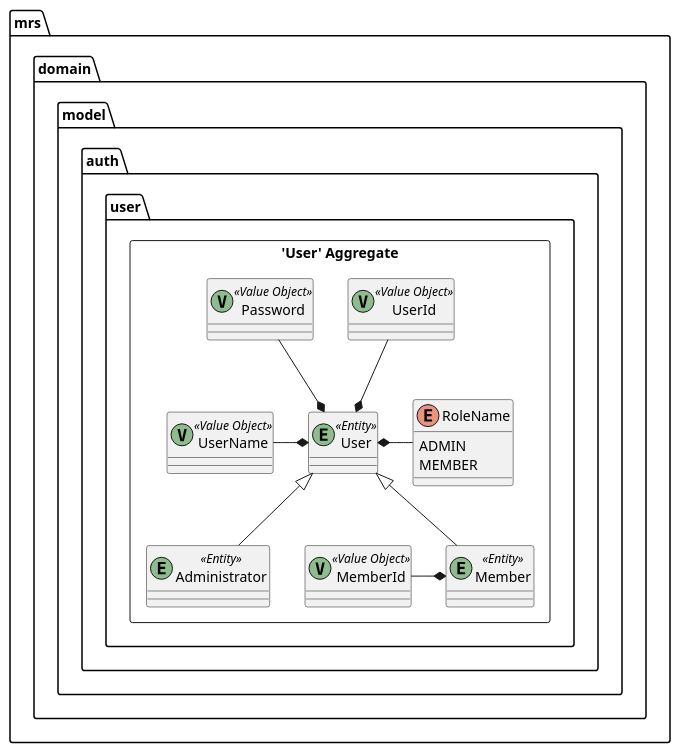
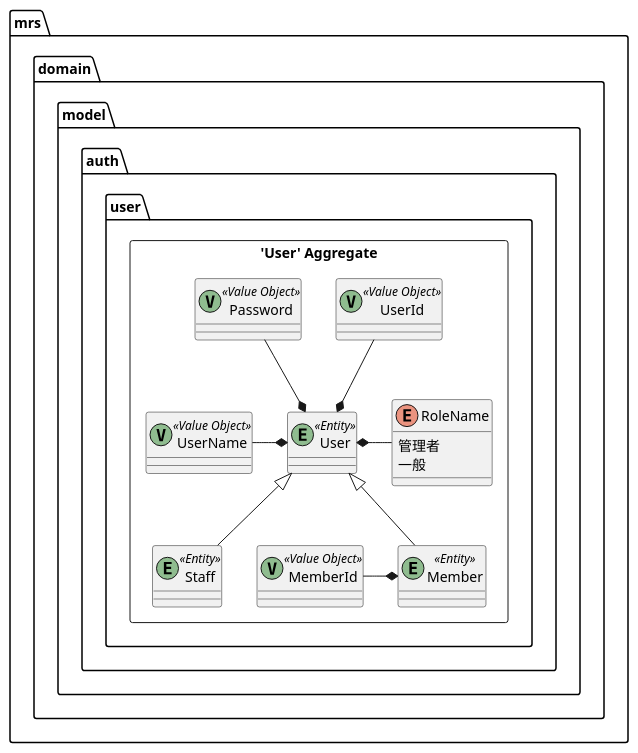
One commit to k2works/case-study-mrs changed diagram 20 of 24 in docs/index.adoc. Above: the diagram before and after it, drawn with PlantUML. The commit also changed 8 other files, not shown here.

```diff
--- a/docs/index.adoc
+++ b/docs/index.adoc
@@ -640,35 +640,35 @@
 [plantuml]
 ----
 skinparam componentStyle uml2
 
 package mrs.domain.model.auth.user {
 	package "'User' Aggregate" <<Rectangle>> {
 		class User <<(E,DarkSeaGreen) Entity>> {
 		}
 		class UserId <<(V,DarkSeaGreen) Value Object>> {
 		}
 		class UserName <<(V,DarkSeaGreen) Value Object>> {
 		}
 		class Password <<(V,DarkSeaGreen) Value Object>> {
 		}
 		enum RoleName {
-			ADMIN
-			MEMBER
+			管理者
+			一般
 		}
-		class Administrator <<(E,DarkSeaGreen) Entity>> {
+		class Staff <<(E,DarkSeaGreen) Entity>> {
 		}
 		class Member <<(E,DarkSeaGreen) Entity>> {
 		}
 		class MemberId <<(V,DarkSeaGreen) Value Object>> {
 		}
 
-        User <|-- Administrator
+        User <|-- Staff
         User <|-- Member
         UserId --* User
         Password --* User
         UserName -* User
         User *- RoleName
         MemberId -* Member
 	}
 }
 ----
```
